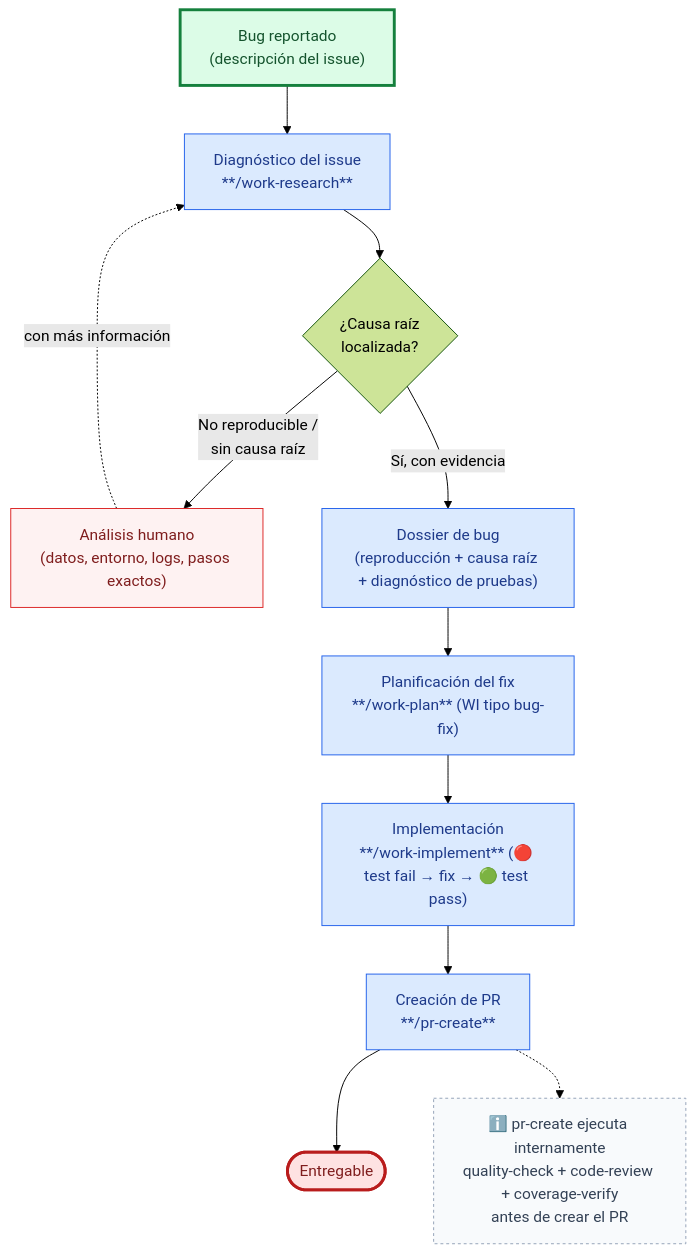
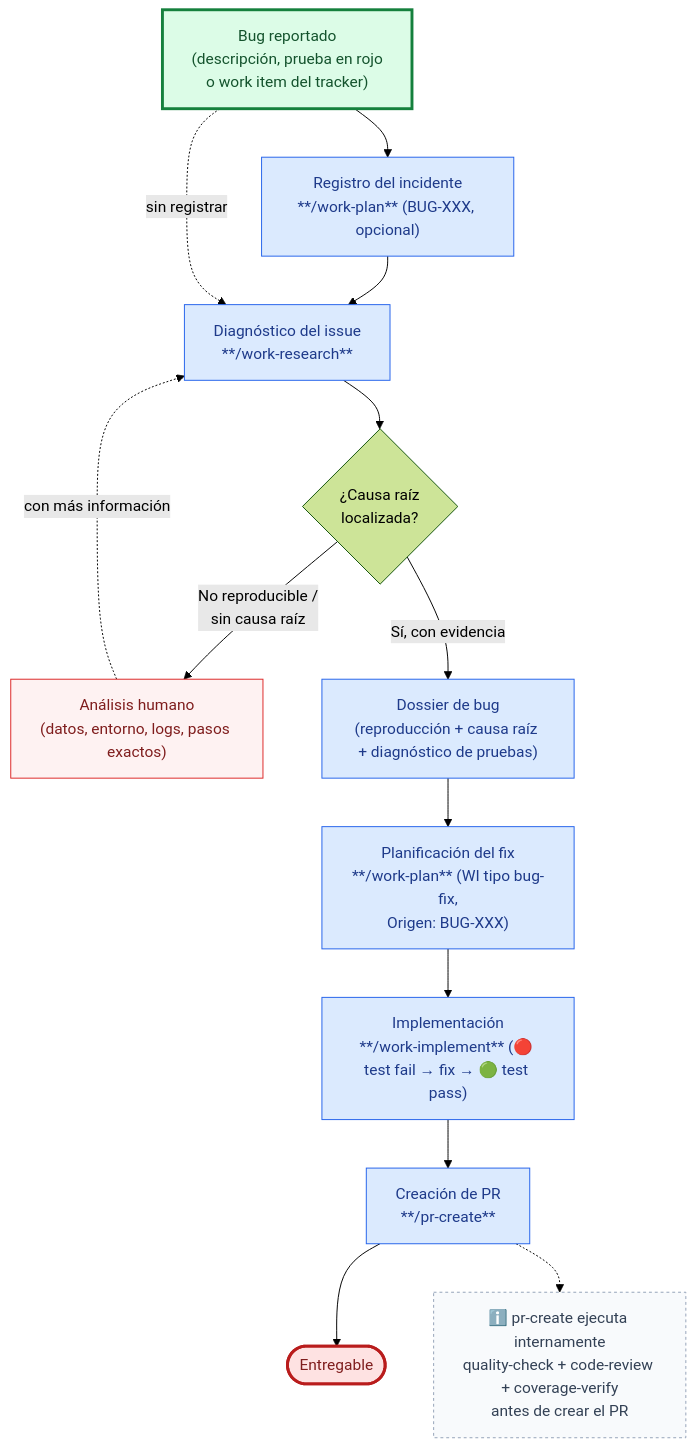
The diagram in docs/use-cases/fix-a-bug.md (juanca202/sdd-devkit), drawn with Mermaid (forest theme) before and after one commit. The commit also changed other lines of this file and 22 other files, not shown here.

Commit message:
feat(work-plan): register incidents as BUG-XXX without a plan

````diff
--- a/docs/use-cases/fix-a-bug.md
+++ b/docs/use-cases/fix-a-bug.md
@@ -5,25 +5,27 @@
 ```mermaid
 flowchart TD
-    A["Bug reportado<br/>(descripción del issue)"] --> B["Diagnóstico del issue<br/>**/work-research**"]
+    A["Bug reportado<br/>(descripción, prueba en rojo<br/>o work item del tracker)"] --> R["Registro del incidente<br/>**/work-plan** (BUG-XXX, opcional)"]
+    R --> B["Diagnóstico del issue<br/>**/work-research**"]
+    A -.->|"sin registrar"| B
     B --> C{"¿Causa raíz<br/>localizada?"}
     C -->|"No reproducible /<br/>sin causa raíz"| H["Análisis humano<br/>(datos, entorno, logs, pasos exactos)"]
     C -->|"Sí, con evidencia"| D["Dossier de bug<br/>(reproducción + causa raíz + diagnóstico de pruebas)"]
-    D --> E["Planificación del fix<br/>**/work-plan** (WI tipo bug-fix)"]
+    D --> E["Planificación del fix<br/>**/work-plan** (WI tipo bug-fix,<br/>Origen: BUG-XXX)"]
     E --> F["Implementación<br/>**/work-implement** (🔴 test fail → fix → 🟢 test pass)"]
     F --> I["Creación de PR<br/>**/pr-create**"]
     I --> J(["Entregable"])
     H -.->|"con más información"| B
     NOTE["ℹ️ pr-create ejecuta internamente<br/>quality-check + code-review + coverage-verify<br/>antes de crear el PR"]
     I -.-> NOTE
 
     classDef main fill:#dbeafe,stroke:#2563eb,color:#1e3a8a
     classDef human fill:#fef2f2,stroke:#dc2626,color:#7f1d1d
     classDef entryPoint fill:#dcfce7,stroke:#15803d,stroke-width:3px,color:#14532d
     classDef exitPoint fill:#fee2e2,stroke:#b91c1c,stroke-width:3px,color:#7f1d1d
     classDef note fill:#f8fafc,stroke:#94a3b8,stroke-width:1px,stroke-dasharray:3 3,color:#334155
-    class B,D,E,F,I main
+    class R,B,D,E,F,I main
     class H human
     class A entryPoint
     class J exitPoint
     class NOTE note
 ```
````
